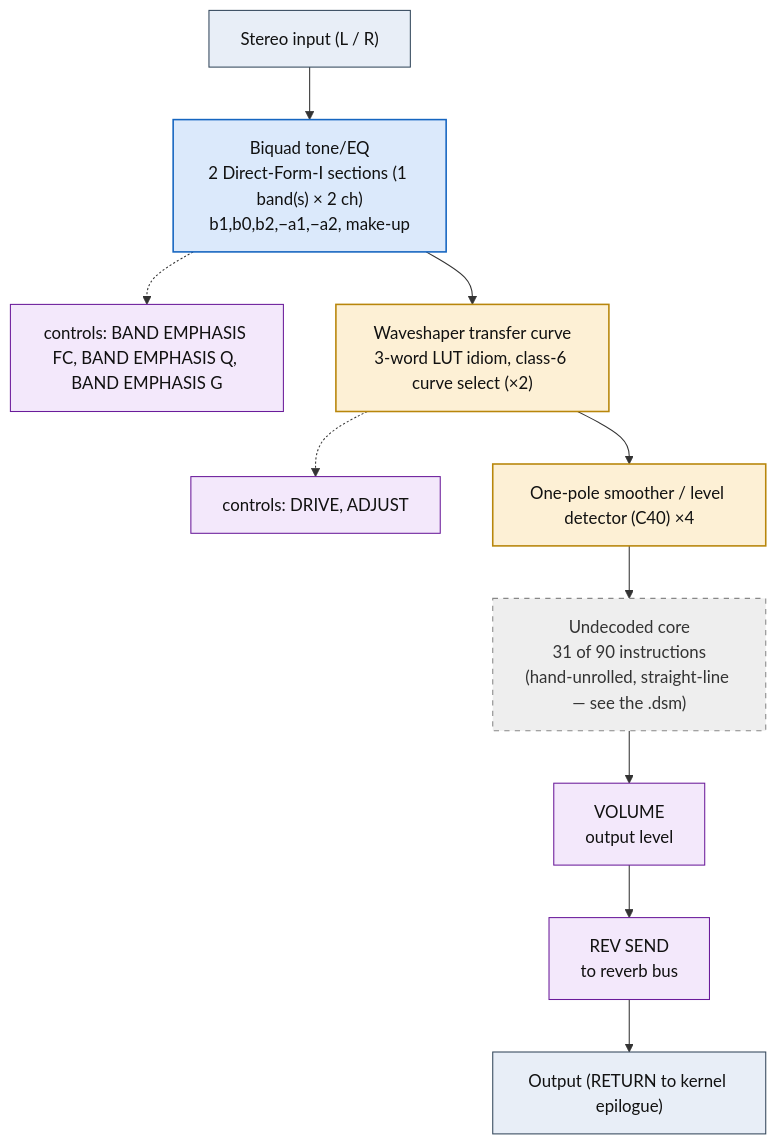
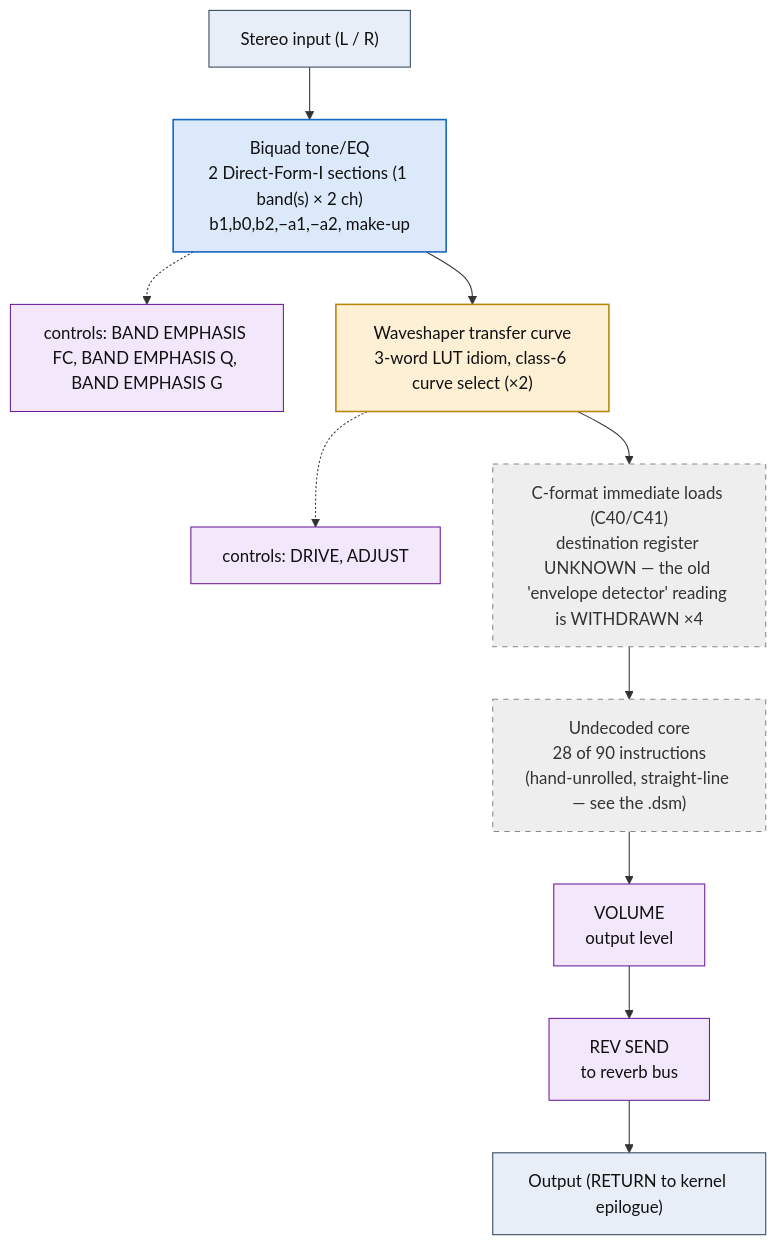
The diagram in flowcharts/prog96_peq_compr_dist.md (ArqueologiaDigital/KN5000-docs), drawn with Mermaid before and after one commit. The commit also changed other lines of this file and 38 other files, not shown here.

First line of the commit message:
flowcharts: withdraw the envelope-detector reading, decode the DRAM accesses

````diff
--- a/flowcharts/prog96_peq_compr_dist.md
+++ b/flowcharts/prog96_peq_compr_dist.md
@@ -19,34 +19,34 @@
 ```mermaid
 flowchart TD
     N0["Stereo input (L / R)"]
     N1["Biquad tone/EQ<br/>2 Direct-Form-I sections (1 band(s) &times; 2 ch)<br/>b1,b0,b2,&minus;a1,&minus;a2, make-up"]
     N0 --> N1
     N2["controls: BAND EMPHASIS FC, BAND EMPHASIS Q, BAND EMPHASIS G"]
     N1 -.-> N2
     N3["Waveshaper transfer curve<br/>3-word LUT idiom, class-6 curve select (&times;2)"]
     N1 --> N3
     N4["controls: DRIVE, ADJUST"]
     N3 -.-> N4
-    N5["One-pole smoother / level detector (C40) &times;4"]
+    N5["C-format immediate loads (C40/C41)<br/>destination register UNKNOWN &mdash; the old 'envelope detector' reading is WITHDRAWN &times;4"]
     N3 --> N5
-    N6["Undecoded core<br/>31 of 90 instructions<br/>(hand-unrolled, straight-line &mdash; see the .dsm)"]
+    N6["Undecoded core<br/>28 of 90 instructions<br/>(hand-unrolled, straight-line &mdash; see the .dsm)"]
     N5 --> N6
     N7["VOLUME<br/>output level"]
     N6 --> N7
     N8["REV SEND<br/>to reverb bus"]
     N7 --> N8
     N9["Output (RETURN to kernel epilogue)"]
     N8 --> N9
 
     classDef io fill:#e8eef7,stroke:#33475b,stroke-width:1px,color:#111;
     classDef proven fill:#d7f0d7,stroke:#2e7d32,stroke-width:2px,color:#111;
     classDef measured fill:#dbe9fb,stroke:#1565c0,stroke-width:1.5px,color:#111;
     classDef inferred fill:#fdf0d5,stroke:#b8860b,stroke-width:1.5px,color:#111;
     classDef open fill:#eeeeee,stroke:#888,stroke-width:1px,color:#333,stroke-dasharray:5 5;
     classDef ctrl fill:#f3e8fb,stroke:#6a1b9a,stroke-width:1px,color:#111;
     class N0,N9 io;
     class N1 measured;
     class N2,N4,N7,N8 ctrl;
-    class N3,N5 inferred;
-    class N6 open;
+    class N3 inferred;
+    class N5,N6 open;
 ```
````
